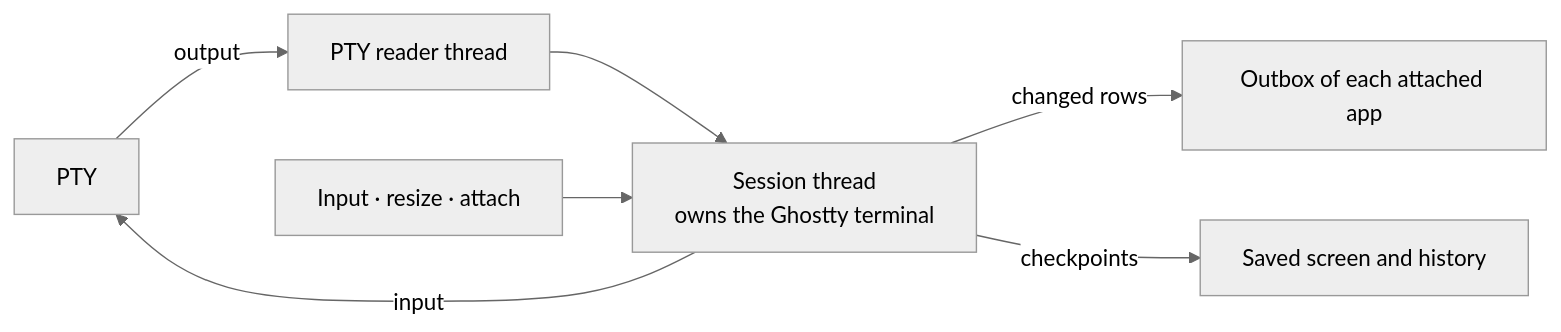
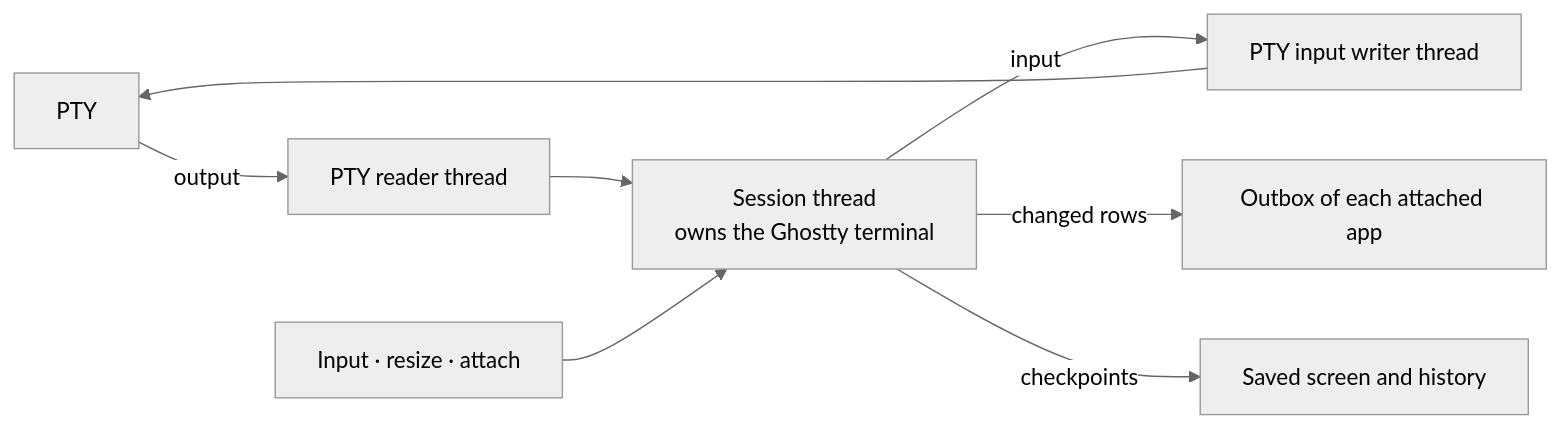
One commit to teomurgi/murvix changed the fourth of 5 diagrams in docs/tech/architecture.md. Above: the diagram before and after it, drawn with Mermaid (neutral theme). The commit also changed other lines of this file and 43 other files, not shown here.

````diff
--- a/docs/tech/architecture.md
+++ b/docs/tech/architecture.md
@@ -85,9 +87,10 @@
 ```mermaid
 flowchart LR
     PTY["PTY"] -->|"output"| READER["PTY reader thread"]
     READER --> OWNER["Session thread<br/>owns the Ghostty terminal"]
     REQUESTS["Input · resize · attach"] --> OWNER
-    OWNER -->|"input"| PTY
+    OWNER -->|"input"| INPUT["PTY input writer thread"]
+    INPUT --> PTY
     OWNER -->|"changed rows"| OUTBOX["Outbox of each attached app"]
     OWNER -->|"checkpoints"| DISK["Saved screen and history"]
 ```
````
